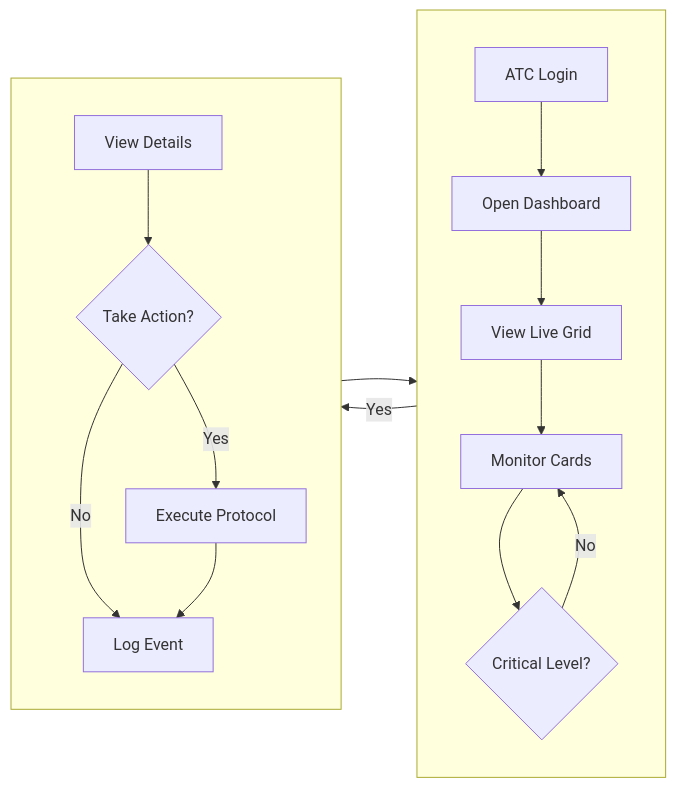
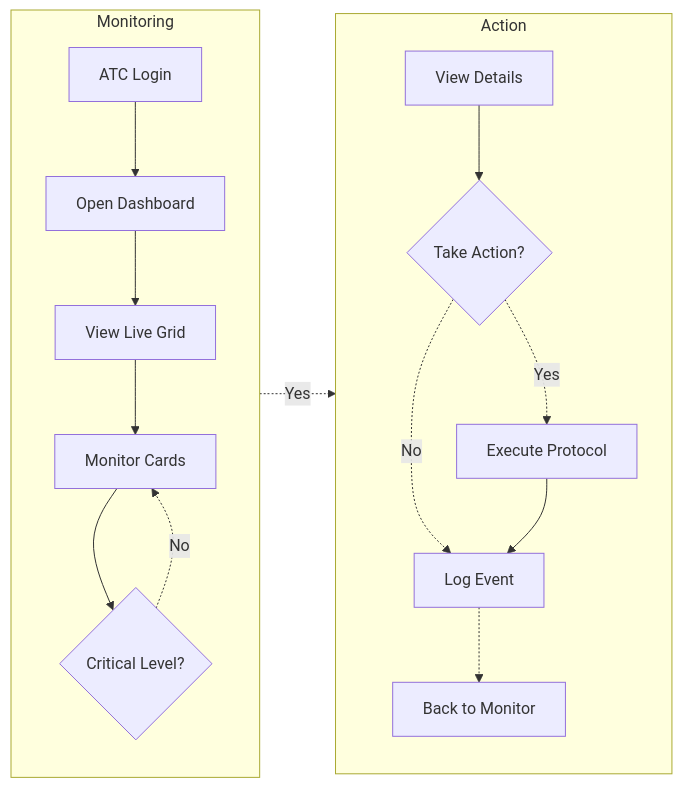
The fifth of 10 diagrams in docs/SEN3781_Assignment4_Information_Architecture_Report.md (RoundRobinHood/cogniflight-cloud), drawn with Mermaid before and after one commit. The commit also changed other lines of this file, not shown here.

Commit message:
improved diagram readability

````diff
--- a/docs/SEN3781_Assignment4_Information_Architecture_Report.md
+++ b/docs/SEN3781_Assignment4_Information_Architecture_Report.md
@@ -271,20 +279,20 @@
 ```mermaid
 flowchart LR
-    subgraph row1[" "]
+    subgraph s1["Monitoring"]
         direction TB
         A[ATC Login] --> B[Open Dashboard]
         B --> C[View Live Grid]
         C --> D[Monitor Cards]
         D --> E{Critical Level?}
+        E -.->|No| D
     end
-    subgraph row2[" "]
+    subgraph s2["Action"]
         direction TB
         F[View Details] --> G{Take Action?}
-        G -->|Yes| H[Execute Protocol]
-        G -->|No| I[Log Event]
+        G -.->|Yes| H[Execute Protocol]
+        G -.->|No| I[Log Event]
         H --> I
+        I -.-> D2[Back to Monitor]
     end
-    E -->|Yes| F
-    E -->|No| D
-    I --> D
+    E -.->|Yes| F
 ```
````
